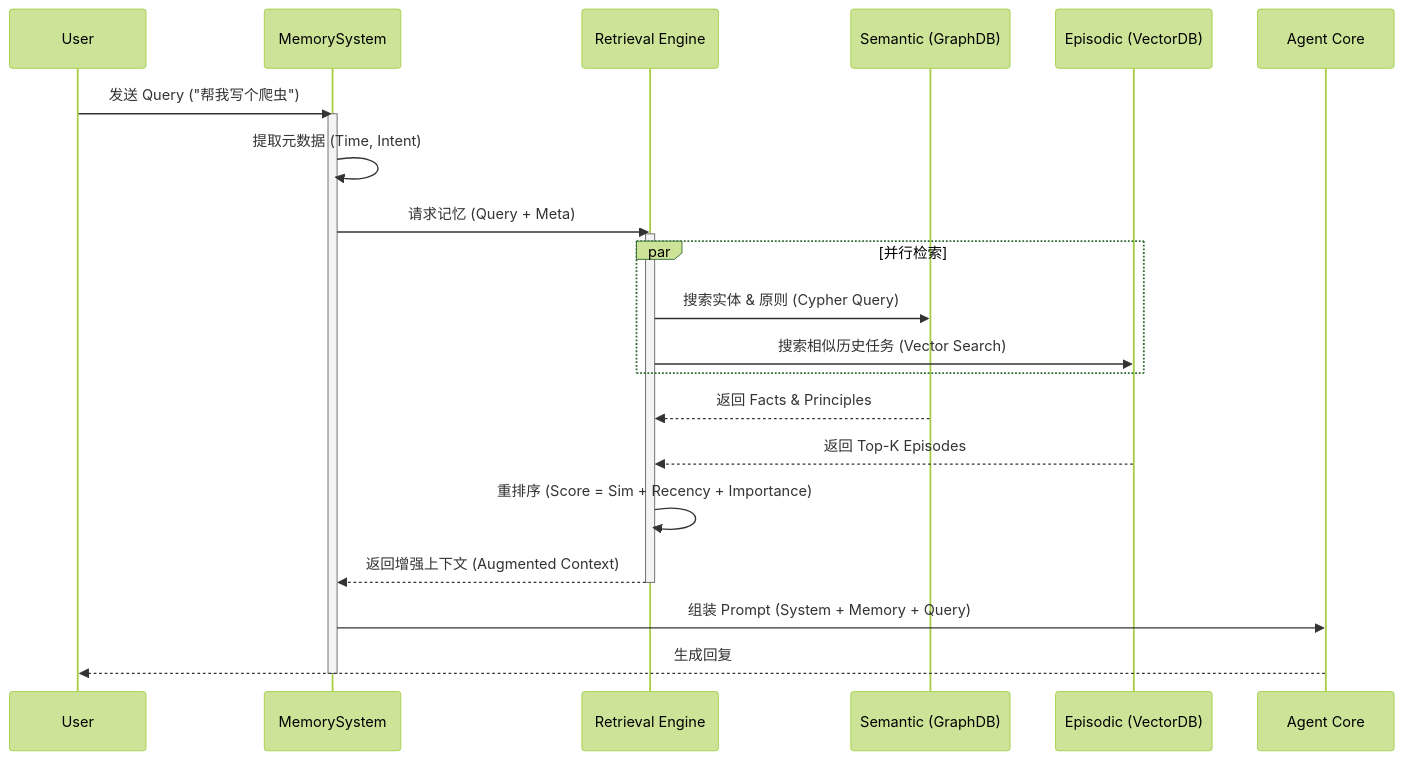
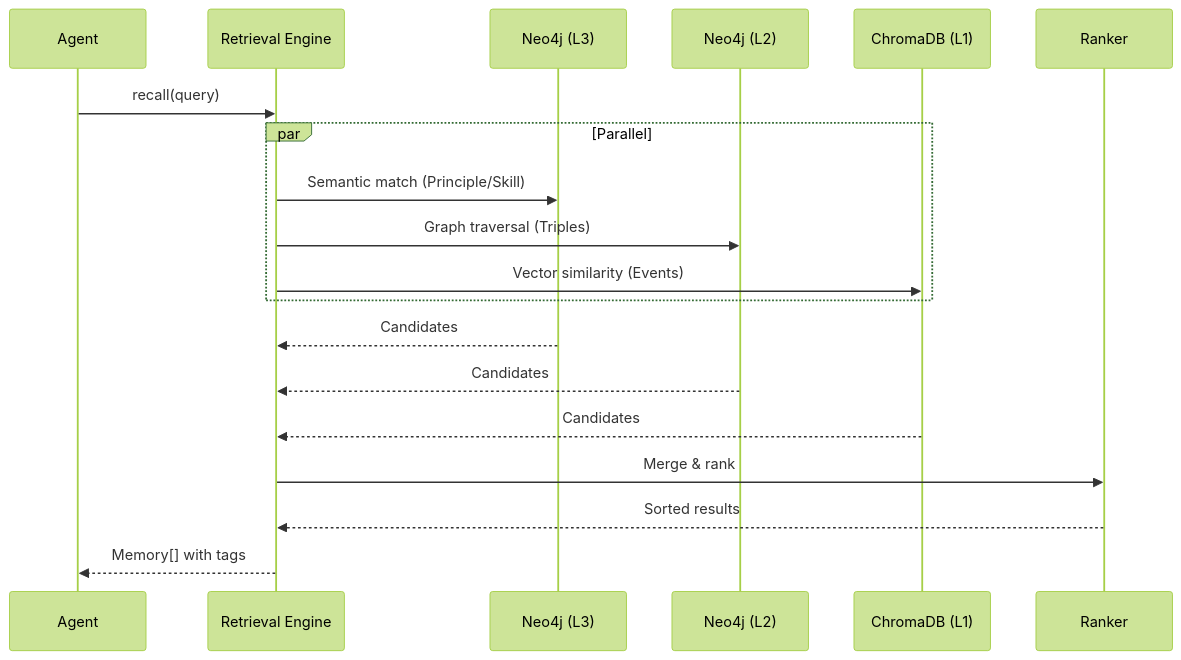
Before and after one commit to Lincyaw/h-mem: the fifth of 9 diagrams in docs/workflows.md, drawn with Mermaid (forest theme). The commit also changed other lines of this file and 9 other files, not shown here.

````diff
--- a/docs/workflows.md
+++ b/docs/workflows.md
@@ -15,32 +157,25 @@
 ```mermaid
-sequenceDiagram  
-    participant U as User  
-    participant MS as MemorySystem  
-    participant RE as Retrieval Engine  
-    participant GDB as Semantic (GraphDB)  
-    participant VDB as Episodic (VectorDB)  
-    participant LLM as Agent Core
+sequenceDiagram
+    participant A as Agent
+    participant RE as Retrieval Engine
+    participant L3 as Neo4j (L3)
+    participant L2 as Neo4j (L2)
+    participant L1 as ChromaDB (L1)
+    participant RANK as Ranker
 
-    U->>MS: 发送 Query ("帮我写个爬虫")  
-    activate MS  
-    MS->>MS: 提取元数据 (Time, Intent)  
-      
-    MS->>RE: 请求记忆 (Query + Meta)  
-    activate RE  
-      
-    par 并行检索  
-        RE->>GDB: 搜索实体 & 原则 (Cypher Query)  
-        RE->>VDB: 搜索相似历史任务 (Vector Search)  
-    end  
-      
-    GDB-->>RE: 返回 Facts & Principles  
-    VDB-->>RE: 返回 Top-K Episodes  
-      
-    RE->>RE: 重排序 (Score = Sim + Recency + Importance)  
-    RE-->>MS: 返回增强上下文 (Augmented Context)  
-    deactivate RE  
-      
-    MS->>LLM: 组装 Prompt (System + Memory + Query)  
-    LLM-->>U: 生成回复  
-    deactivate MS
+    A->>RE: recall(query)
+
+    par Parallel
+        RE->>L3: Semantic match (Principle/Skill)
+        RE->>L2: Graph traversal (Triples)
+        RE->>L1: Vector similarity (Events)
+    end
+
+    L3-->>RE: Candidates
+    L2-->>RE: Candidates
+    L1-->>RE: Candidates
+
+    RE->>RANK: Merge & rank
+    RANK-->>RE: Sorted results
+    RE-->>A: Memory[] with tags
 ```
````
